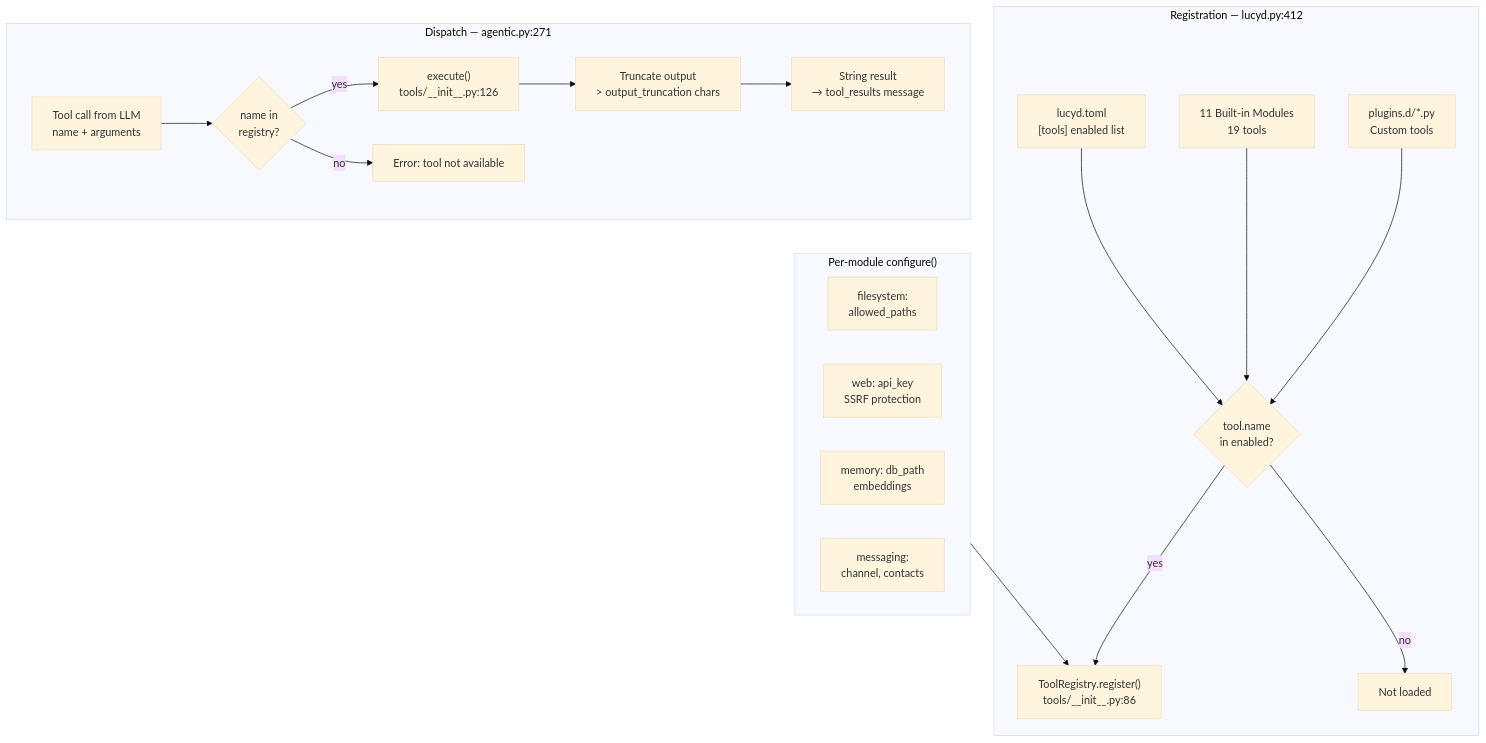
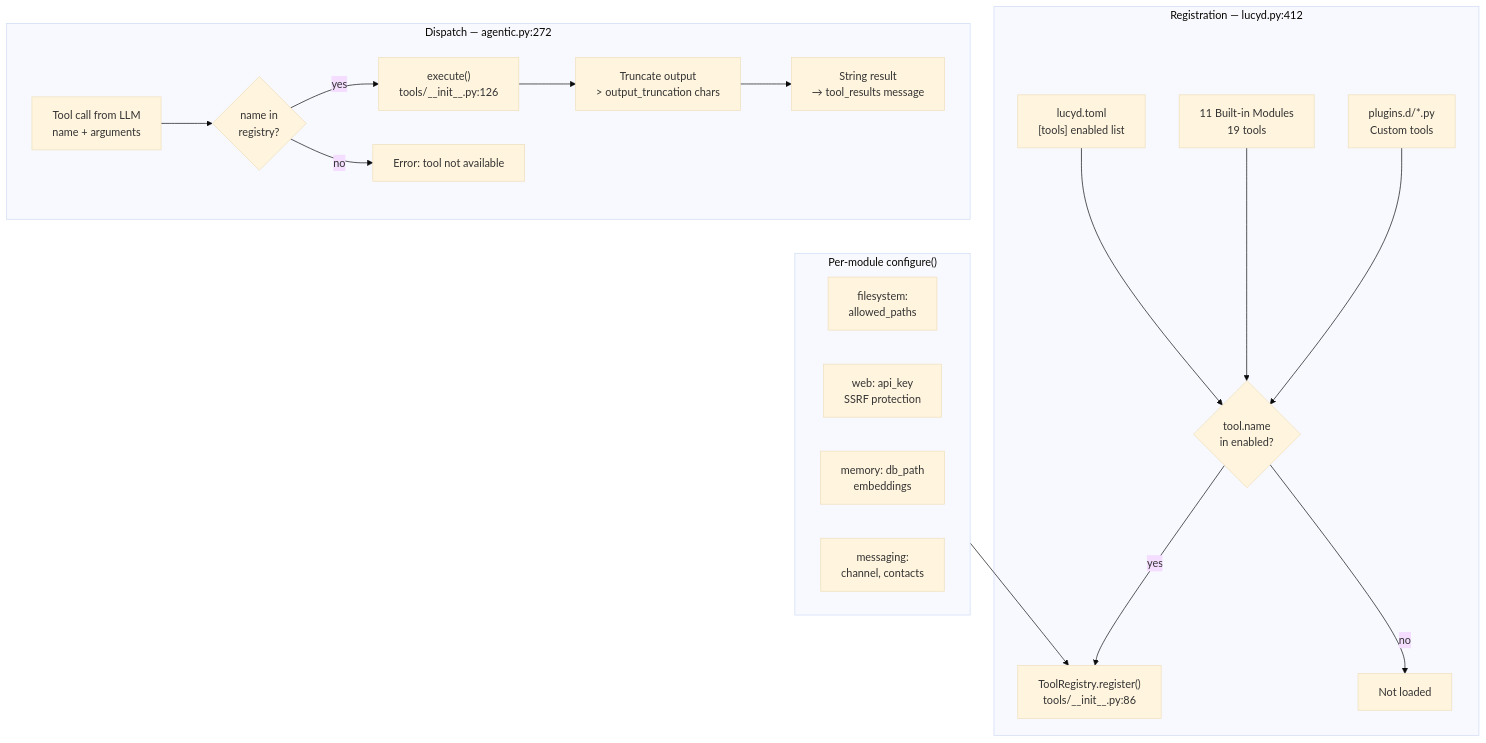
Before and after one commit to nicolasforstinger/lucyd: the seventh of 8 diagrams in docs/diagrams.md, drawn with Mermaid (base theme). The commit also changed other lines of this file and 42 other files, not shown here.

````diff
--- a/docs/diagrams.md
+++ b/docs/diagrams.md
@@ -277,36 +277,36 @@
 ```mermaid
 flowchart TD
     subgraph Startup["Registration — lucyd.py:412"]
         CONFIG["lucyd.toml<br/>[tools] enabled list"]
         BUILTIN["11 Built-in Modules<br/>19 tools"]
         PLUGINS["plugins.d/*.py<br/>Custom tools"]
         CONFIG --> FILTER{"tool.name<br/>in enabled?"}
         BUILTIN --> FILTER
         PLUGINS --> FILTER
         FILTER -->|yes| REG["ToolRegistry.register()<br/>tools/__init__.py:86"]
         FILTER -->|no| SKIP["Not loaded"]
     end
 
     subgraph Configure["Per-module configure()"]
         direction LR
         FS_CFG["filesystem:<br/>allowed_paths"]
         WEB_CFG["web: api_key<br/>SSRF protection"]
         MEM_CFG["memory: db_path<br/>embeddings"]
         MSG_CFG["messaging:<br/>channel, contacts"]
     end
 
-    subgraph Runtime["Dispatch — agentic.py:271"]
+    subgraph Runtime["Dispatch — agentic.py:272"]
         CALL["Tool call from LLM<br/>name + arguments"]
         LOOKUP{"name in<br/>registry?"}
         EXEC["execute()<br/>tools/__init__.py:126"]
         TRUNC["Truncate output<br/>> output_truncation chars"]
         RESULT["String result<br/>→ tool_results message"]
         ERR["Error: tool not available"]
     end
 
     Configure --> REG
 
     CALL --> LOOKUP
     LOOKUP -->|yes| EXEC --> TRUNC --> RESULT
     LOOKUP -->|no| ERR
 ```
````
